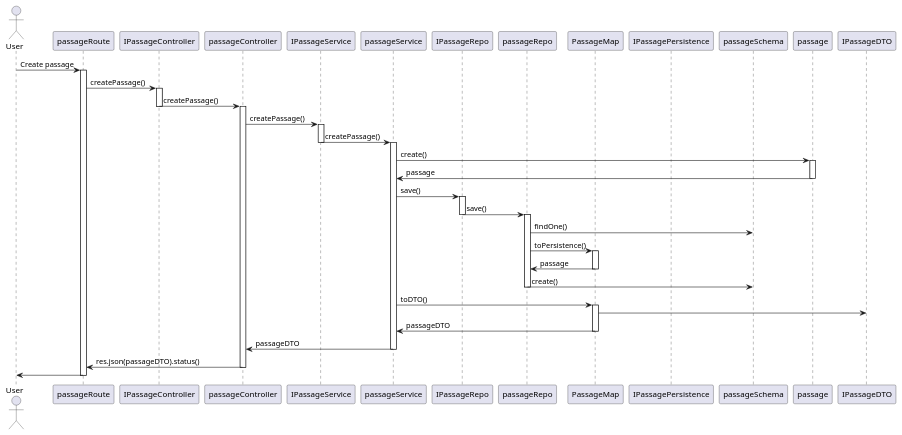
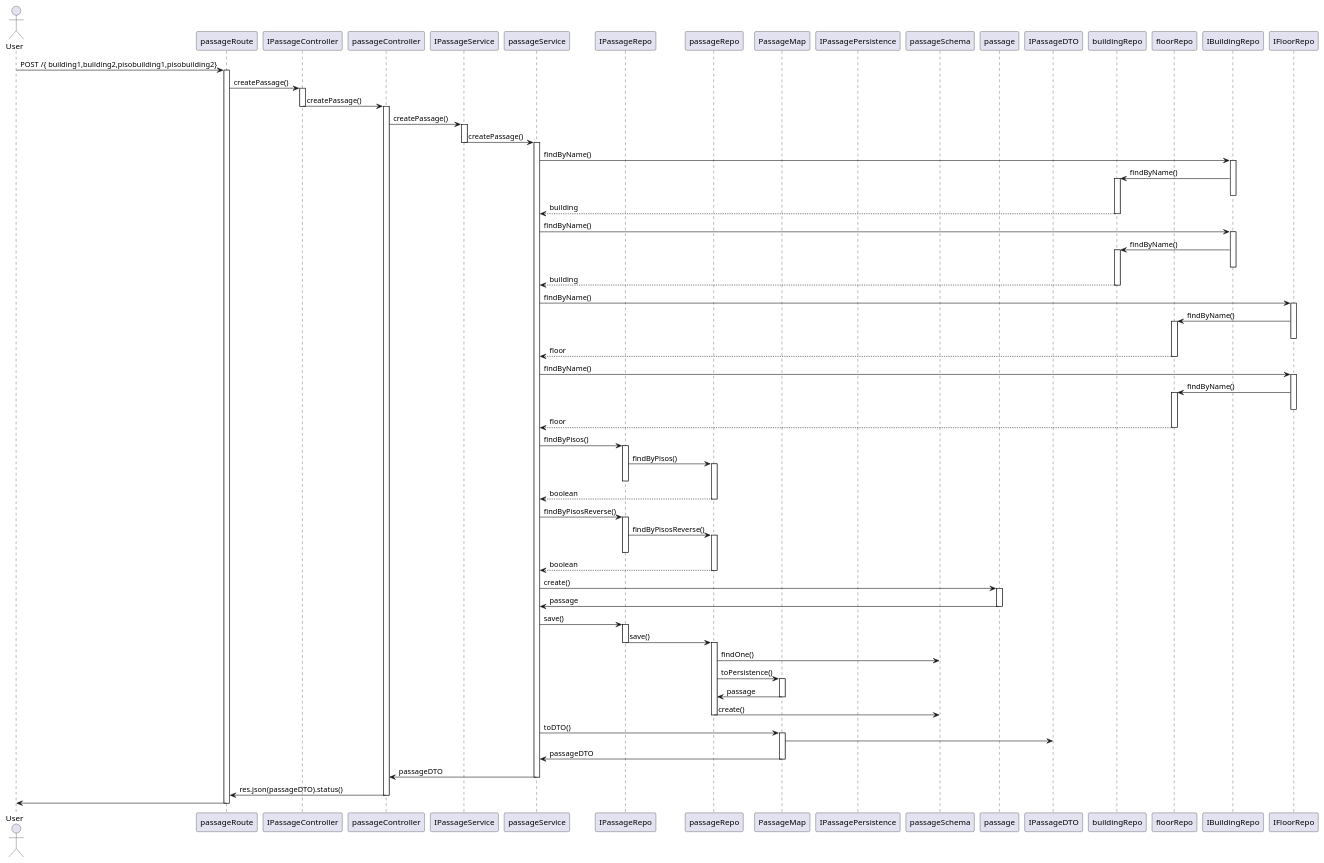
The diagram in docs/1201458/US240/CriarPassagemSD.puml (ManuelS2610/sem5pi2324), drawn with PlantUML before and after one commit. The commit also changed 52 other files, not shown here.

```diff
--- a/docs/1201458/US240/CriarPassagemSD.puml
+++ b/docs/1201458/US240/CriarPassagemSD.puml
@@ -1,57 +1,102 @@
 @startuml
 'https://plantuml.com/sequence-diagram
 
 actor User
 participant passageRoute
 participant IPassageController
 participant passageController
 participant IPassageService
 participant passageService
 participant IPassageRepo
 participant passageRepo
 participant PassageMap
 participant IPassagePersistence
 participant passageSchema
 participant passage
 participant IPassageDTO
+participant buildingRepo
+participant floorRepo
 
-User -> passageRoute: Create passage
+
+User -> passageRoute: POST /{ building1,building2,pisobuilding1,pisobuilding2}
 activate passageRoute
 passageRoute -> IPassageController : createPassage()
 activate IPassageController
 IPassageController -> passageController :  createPassage()
 deactivate IPassageController
 activate passageController
 passageController -> IPassageService : createPassage()
 activate IPassageService
 IPassageService -> passageService : createPassage()
 deactivate IPassageService
 activate passageService
+passageService -> IBuildingRepo : findByName()
+activate IBuildingRepo
+IBuildingRepo -> buildingRepo : findByName()
+activate buildingRepo
+deactivate IBuildingRepo
+buildingRepo --> passageService : building
+deactivate buildingRepo
+passageService -> IBuildingRepo : findByName()
+activate IBuildingRepo
+IBuildingRepo -> buildingRepo : findByName()
+activate buildingRepo
+deactivate IBuildingRepo
+buildingRepo --> passageService : building
+deactivate buildingRepo
+passageService -> IFloorRepo : findByName()
+activate IFloorRepo
+IFloorRepo -> floorRepo: findByName()
+activate floorRepo
+deactivate IFloorRepo
+floorRepo --> passageService : floor
+deactivate floorRepo
+passageService -> IFloorRepo : findByName()
+activate IFloorRepo
+IFloorRepo -> floorRepo: findByName()
+activate floorRepo
+deactivate IFloorRepo
+floorRepo --> passageService : floor
+deactivate floorRepo
+passageService -> IPassageRepo : findByPisos()
+activate IPassageRepo
+IPassageRepo -> passageRepo : findByPisos()
+activate passageRepo
+deactivate IPassageRepo
+passageRepo --> passageService : boolean
+deactivate passageRepo
+passageService -> IPassageRepo : findByPisosReverse()
+activate IPassageRepo
+IPassageRepo -> passageRepo : findByPisosReverse()
+activate passageRepo
+deactivate IPassageRepo
+passageRepo --> passageService : boolean
+deactivate passageRepo
 passageService -> passage : create()
 activate passage
 passage -> passageService : passage
 deactivate passage
 passageService -> IPassageRepo: save()
 activate IPassageRepo
 IPassageRepo -> passageRepo : save()
 deactivate IPassageRepo
 activate passageRepo
 passageRepo -> passageSchema : findOne()
 passageRepo -> PassageMap : toPersistence()
 activate PassageMap
 PassageMap -> passageRepo : passage
 deactivate PassageMap
 passageRepo -> passageSchema: create()
 deactivate passageRepo
 passageService -> PassageMap : toDTO()
 activate PassageMap
 PassageMap -> IPassageDTO
 PassageMap -> passageService : passageDTO
 deactivate PassageMap
 passageService -> passageController : passageDTO
 deactivate passageService
 passageController -> passageRoute : res.json(passageDTO).status()
 deactivate passageController
 passageRoute -> User
 deactivate passageRoute
 @enduml
```
